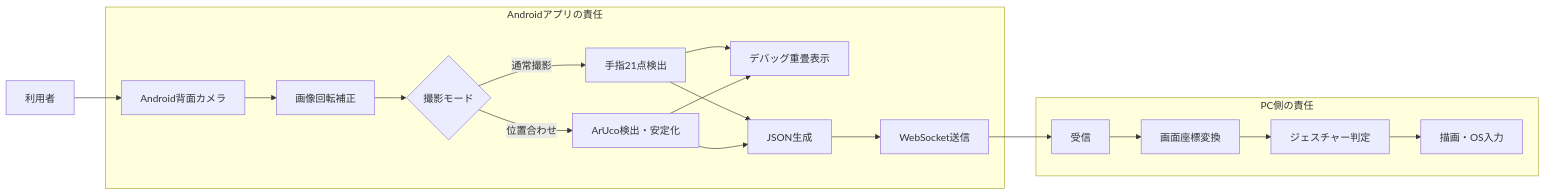
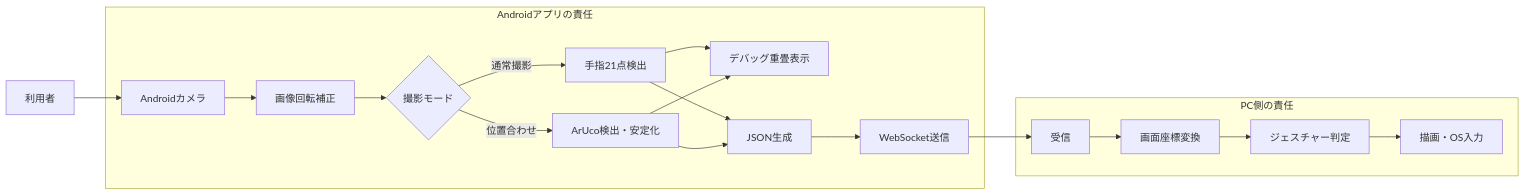
The first of 17 diagrams in docs/android/android-current-spec.md (KIT-DevelopersHub/screact), drawn with Mermaid before and after one commit. The commit also changed other lines of this file and 20 other files, not shown here.

````diff
--- a/docs/android/android-current-spec.md
+++ b/docs/android/android-current-spec.md
@@ -26,24 +26,24 @@
 ```mermaid
 flowchart LR
-    User[利用者] --> Camera[Android背面カメラ]
+    User[利用者] --> Camera[Androidカメラ]
 
     subgraph Android[Androidアプリの責任]
         Camera --> Correct[画像回転補正]
         Correct --> Detect{撮影モード}
         Detect -->|通常撮影| Hand[手指21点検出]
         Detect -->|位置合わせ| Marker[ArUco検出・安定化]
         Hand --> Overlay[デバッグ重畳表示]
         Marker --> Overlay
         Hand --> JSON[JSON生成]
         Marker --> JSON
         JSON --> WS[WebSocket送信]
     end
 
     subgraph Desktop[PC側の責任]
         Receive[受信] --> Transform[画面座標変換]
         Transform --> Gesture[ジェスチャー判定]
         Gesture --> Output[描画・OS入力]
     end
 
     WS --> Receive
 ```
````
